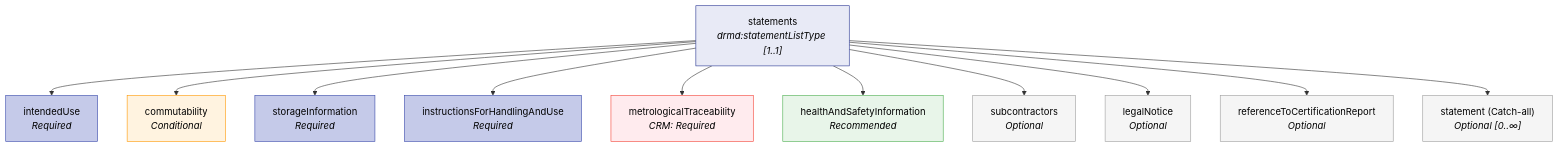
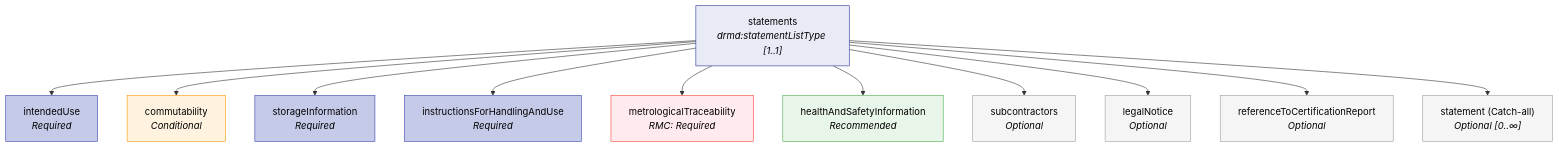
One commit to punitharumilli/BestPracticeDocs changed the first of 2 diagrams in docs/statements.md. Above: the diagram before and after it, drawn with Mermaid. The commit also changed other lines of this file and 24 other files, not shown here.

Commit message:
Align with DRMD schema 1.0.0, DRMD logo, links to BAMresearch

````diff
--- a/docs/statements.md
+++ b/docs/statements.md
@@ -11,27 +11,27 @@
 ```mermaid
 graph TD
     S["statements<br/><i>drmd:statementListType [1..1]</i>"]
 
     S --> IU["intendedUse<br/><i>Required</i>"]
     S --> COM["commutability<br/><i>Conditional</i>"]
     S --> SI["storageInformation<br/><i>Required</i>"]
     S --> IHAU["instructionsForHandlingAndUse<br/><i>Required</i>"]
-    S --> MT["metrologicalTraceability<br/><i>CRM: Required</i>"]
+    S --> MT["metrologicalTraceability<br/><i>RMC: Required</i>"]
     S --> HSI["healthAndSafetyInformation<br/><i>Recommended</i>"]
     S --> SUB["subcontractors<br/><i>Optional</i>"]
     S --> LN["legalNotice<br/><i>Optional</i>"]
     S --> REF["referenceToCertificationReport<br/><i>Optional</i>"]
     S --> CATCH["statement (Catch-all)<br/><i>Optional [0..∞]</i>"]
 
     style S fill:#e8eaf6,color:#000,stroke:#283593
     style IU fill:#c5cae9,color:#000,stroke:#3949ab
     style COM fill:#fff3e0,color:#000,stroke:#ff9800
     style SI fill:#c5cae9,color:#000,stroke:#3949ab
     style IHAU fill:#c5cae9,color:#000,stroke:#3949ab
     style MT fill:#ffebee,color:#000,stroke:#f44336
     style HSI fill:#e8f5e9,color:#000,stroke:#4caf50
     style SUB fill:#f5f5f5,color:#000,stroke:#9e9e9e
     style LN fill:#f5f5f5,color:#000,stroke:#9e9e9e
     style REF fill:#f5f5f5,color:#000,stroke:#9e9e9e
     style CATCH fill:#f5f5f5,color:#000,stroke:#9e9e9e
 ```
````
